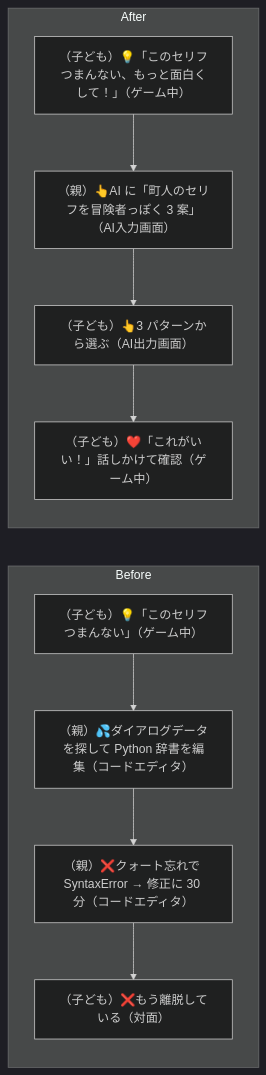
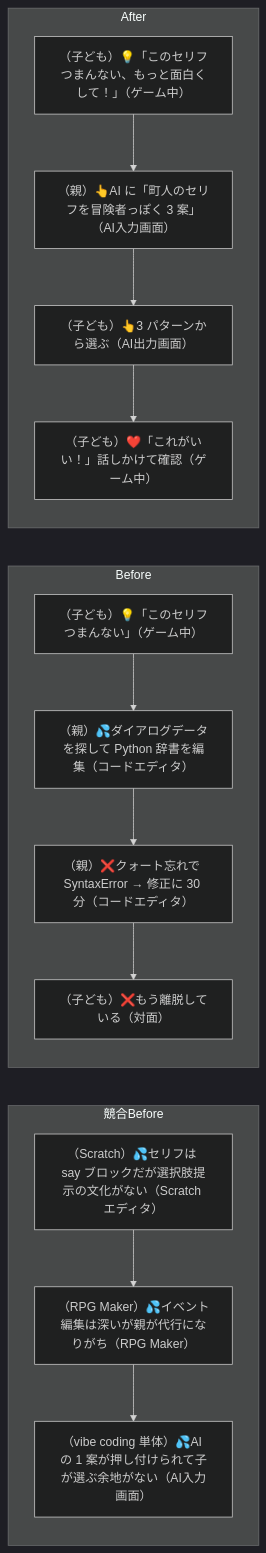
Before and after one commit to tatsuro-ueda/code-quest-pyxel: diagram 11 of 42 in docs/customer-journeys.md, drawn with Mermaid (dark theme). The commit also changed other lines of this file, not shown here.

````diff
--- a/docs/customer-journeys.md
+++ b/docs/customer-journeys.md
@@ -377,15 +384,20 @@
 ```mermaid
 flowchart LR
+    subgraph Competitor["競合Before"]
+        C1[（Scratch）💦セリフは say ブロックだが選択肢提示の文化がない（Scratch エディタ）]
+        C1 --> C2[（RPG Maker）💦イベント編集は深いが親が代行になりがち（RPG Maker）]
+        C2 --> C3[（vibe coding 単体）💦AI の 1 案が押し付けられて子が選ぶ余地がない（AI入力画面）]
+    end
     subgraph Before["Before"]
         B1[（子ども）💡「このセリフつまんない」（ゲーム中）]
         B1 --> B2[（親）💦ダイアログデータを探して Python 辞書を編集（コードエディタ）]
         B2 --> B3[（親）❌クォート忘れで SyntaxError → 修正に 30 分（コードエディタ）]
         B3 --> B4[（子ども）❌もう離脱している（対面）]
     end
     subgraph After["After"]
         A1[（子ども）💡「このセリフつまんない、もっと面白くして！」（ゲーム中）]
         A1 --> A2[（親）👆AI に「町人のセリフを冒険者っぽく 3 案」（AI入力画面）]
         A2 --> A3[（子ども）👆3 パターンから選ぶ（AI出力画面）]
         A3 --> A4[（子ども）❤️「これがいい！」話しかけて確認（ゲーム中）]
     end
 ```
````
